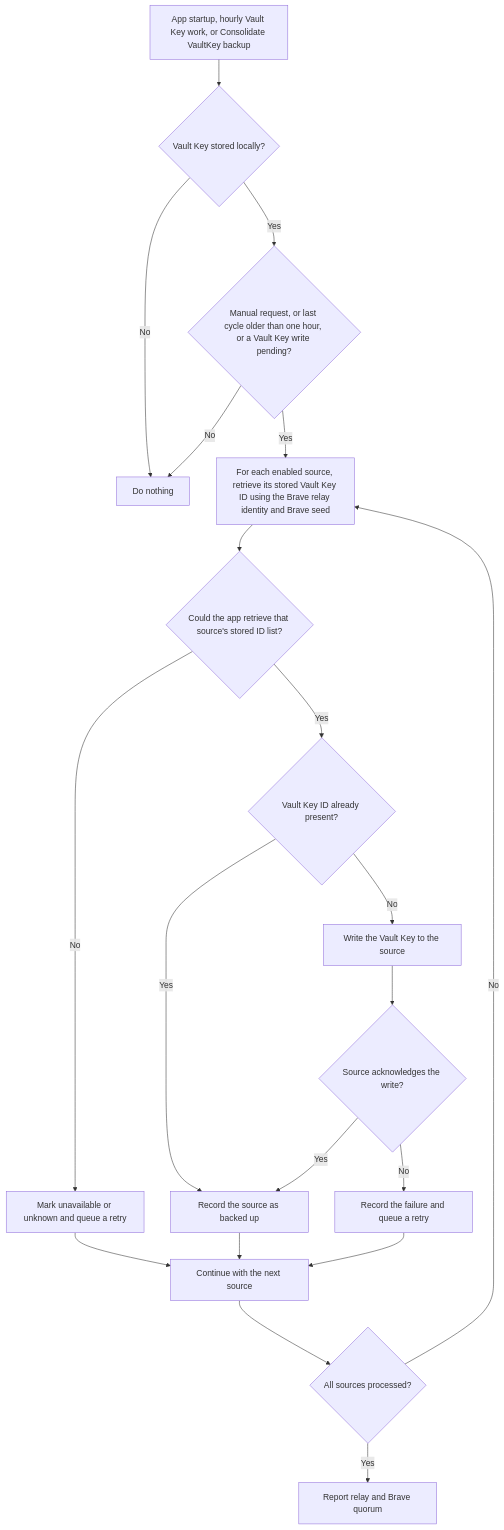
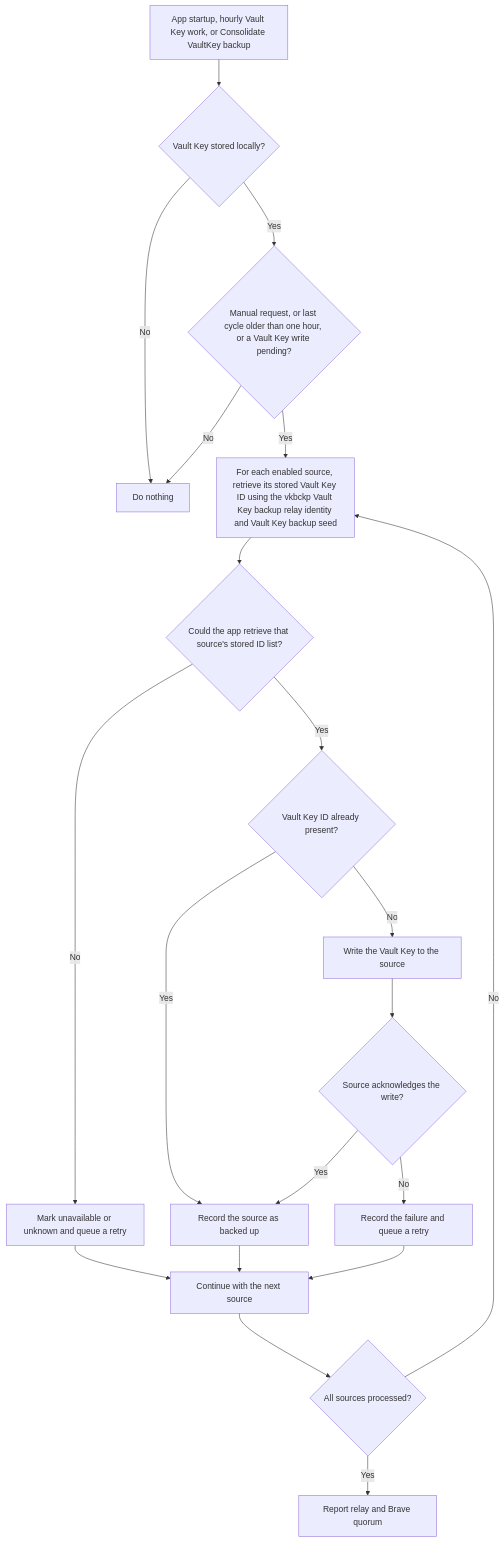
Before and after one commit to ZenTenApp/vault-kotlin: the eighth of 8 diagrams in docs/stakeholder/flowcharts.md, drawn with Mermaid. The commit also changed other lines of this file and 21 other files, not shown here.

Commit message:
refactor(vaultkey): rename Vault Key backup sub-account label to vkbckp

````diff
--- a/docs/stakeholder/flowcharts.md
+++ b/docs/stakeholder/flowcharts.md
@@ -259,22 +259,22 @@
 ```mermaid
 flowchart TD
     Trigger["App startup, hourly Vault Key work, or Consolidate VaultKey backup"] --> Stored{"Vault Key stored locally?"}
     Stored -->|No| Skip["Do nothing"]
     Stored -->|Yes| Fresh{"Manual request, or last cycle older than one hour, or a Vault Key write pending?"}
     Fresh -->|No| Skip
-    Fresh -->|Yes| Index["For each enabled source, retrieve its stored Vault Key ID using the Brave relay identity and Brave seed"]
+    Fresh -->|Yes| Index["For each enabled source, retrieve its stored Vault Key ID using the vkbckp Vault Key backup relay identity and Vault Key backup seed"]
     Index --> IndexOK{"Could the app retrieve that source's stored ID list?"}
     IndexOK -->|No| Unknown["Mark unavailable or unknown and queue a retry"]
     IndexOK -->|Yes| Present{"Vault Key ID already present?"}
     Present -->|Yes| BackedUp["Record the source as backed up"]
     Present -->|No| Write["Write the Vault Key to the source"]
     Write --> WriteOK{"Source acknowledges the write?"}
     WriteOK -->|Yes| BackedUp
     WriteOK -->|No| Failed["Record the failure and queue a retry"]
     Unknown --> Next["Continue with the next source"]
     BackedUp --> Next
     Failed --> Next
     Next --> Complete{"All sources processed?"}
     Complete -->|No| Index
     Complete -->|Yes| Result["Report relay and Brave quorum"]
 ```
````
